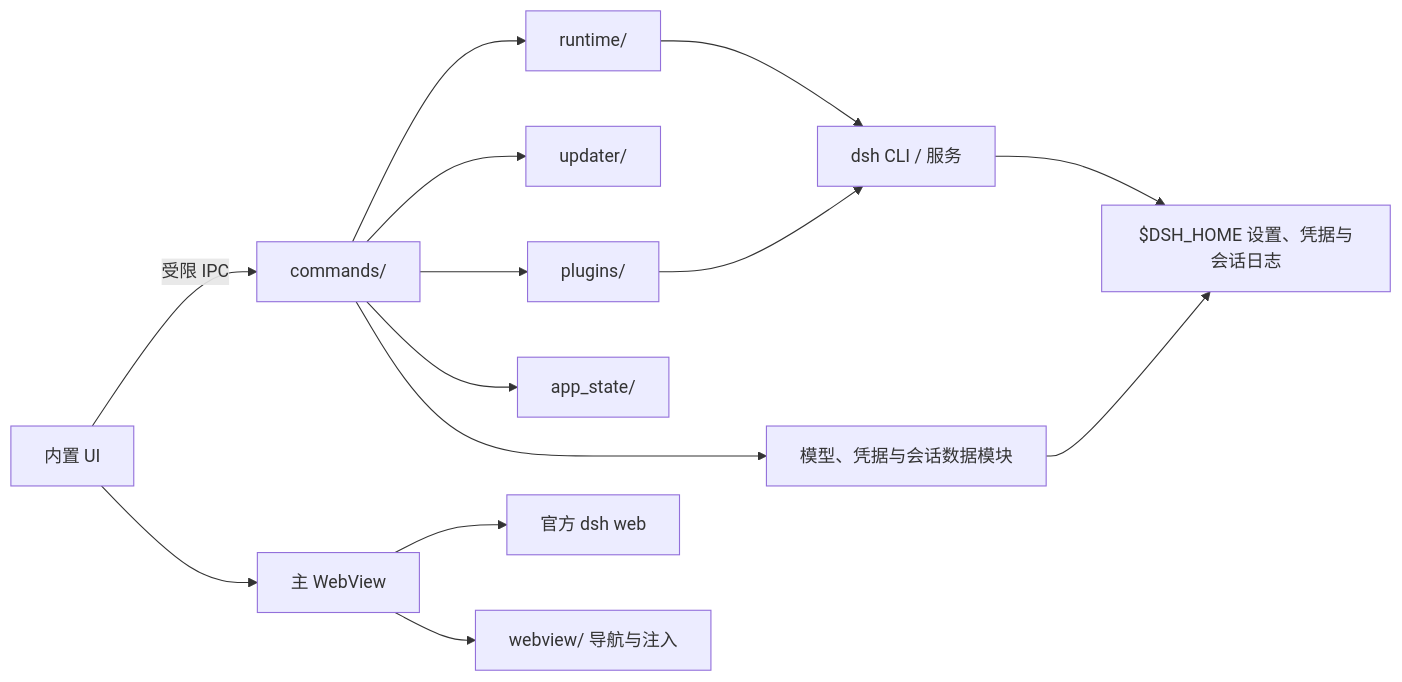
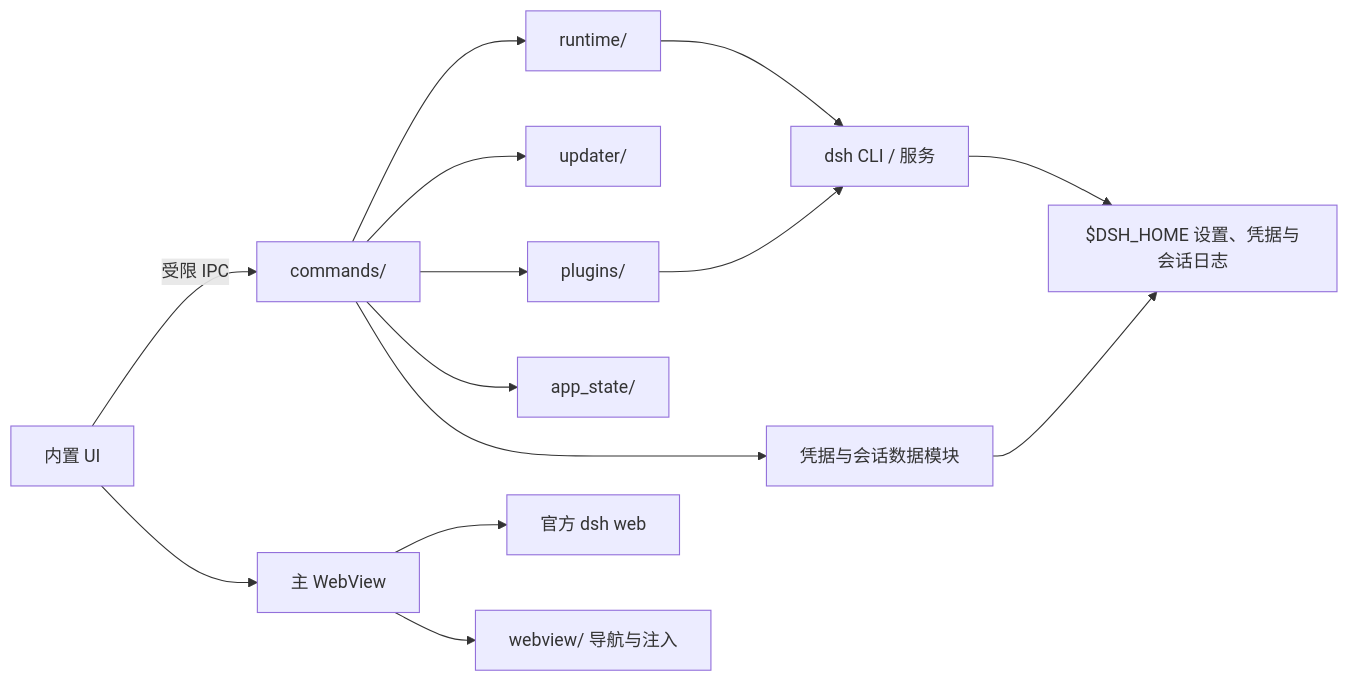
One commit to JeffioZ/dsh-box changed the first of 2 diagrams in docs/architecture.md. Above: the diagram before and after it, drawn with Mermaid. The commit also changed other lines of this file and 30 other files, not shown here.

````diff
--- a/docs/architecture.md
+++ b/docs/architecture.md
@@ -9,16 +9,16 @@
 ```mermaid
 flowchart LR
     UI[内置 UI] -->|受限 IPC| CMD[commands/]
     CMD --> RUNTIME[runtime/]
     CMD --> UPDATER[updater/]
     CMD --> PLUGINS[plugins/]
     CMD --> STATE[app_state/]
-    CMD --> DATA[模型、凭据与会话数据模块]
+    CMD --> DATA[凭据与会话数据模块]
     UI --> WEB[主 WebView]
     WEB --> DSH[官方 dsh web]
     WEB --> BRIDGE[webview/ 导航与注入]
     DATA --> HOME[$DSH_HOME 设置、凭据与会话日志]
     RUNTIME --> DSHCLI[dsh CLI / 服务]
     PLUGINS --> DSHCLI
     DSHCLI --> HOME
 ```
````
